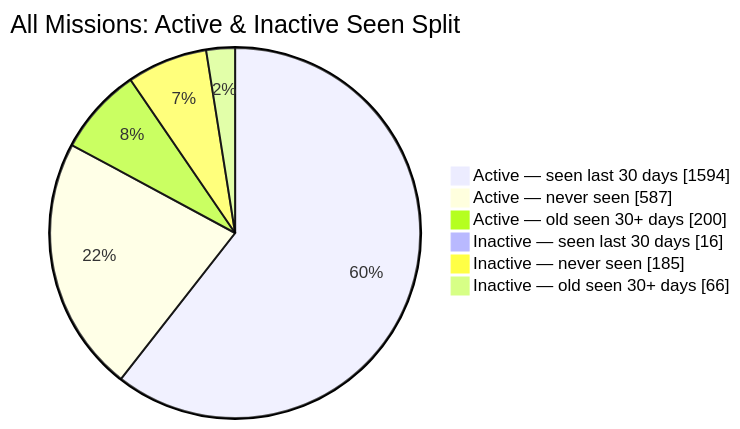
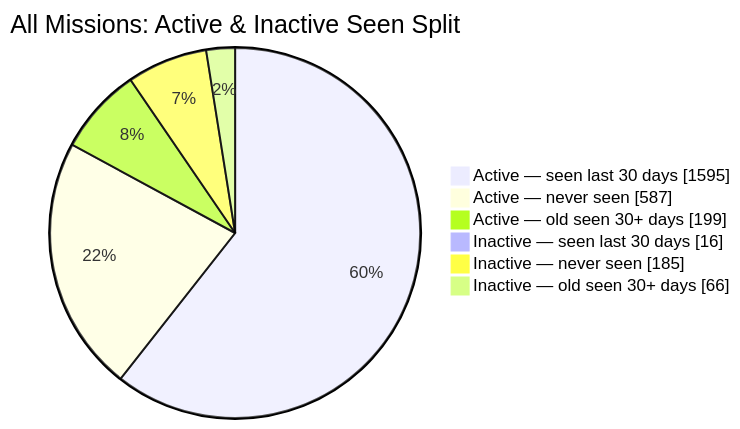
Before and after one commit to MeldkamerspelGameTeam/active-missions: the second of 2 diagrams in README.md, drawn with Mermaid. The commit also changed other lines of this file and 3 other files, not shown here.

````diff
--- a/README.md
+++ b/README.md
@@ -44,10 +44,10 @@
 ```mermaid
 pie showData
     title All Missions: Active & Inactive Seen Split
-    "Active — seen last 30 days" : 1594
+    "Active — seen last 30 days" : 1595
     "Active — never seen" : 587
-    "Active — old seen 30+ days" : 200
+    "Active — old seen 30+ days" : 199
     "Inactive — seen last 30 days" : 16
     "Inactive — never seen" : 185
     "Inactive — old seen 30+ days" : 66
 ```
````
